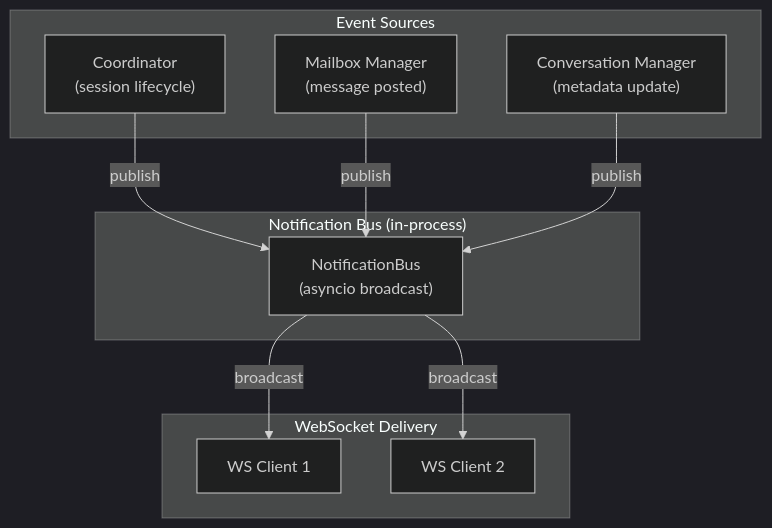
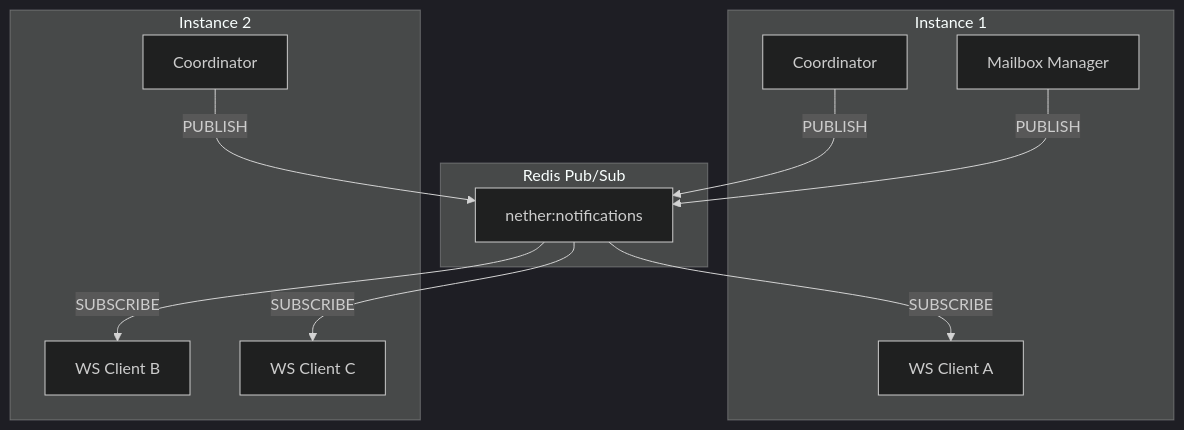
One commit to Wh1isper/netherbrain changed the first of 3 diagrams in spec/agent_runtime/10-notifications.md. Above: the diagram before and after it, drawn with Mermaid (dark theme). The commit also changed other lines of this file and 44 other files, not shown here.

First line of the commit message:
feat: add notifications, built-in toolsets, and conversation summary

````diff
--- a/spec/agent_runtime/10-notifications.md
+++ b/spec/agent_runtime/10-notifications.md
@@ -17,20 +17,22 @@
 ```mermaid
 flowchart TB
-    subgraph Sources["Event Sources"]
-        CO["Coordinator<br/>(session lifecycle)"]
-        MB["Mailbox Manager<br/>(message posted)"]
-        CV["Conversation Manager<br/>(metadata update)"]
+    subgraph Instance1["Instance 1"]
+        CO1["Coordinator"]
+        MB1["Mailbox Manager"]
+        WS1["WS Client A"]
     end
 
-    subgraph Bus["Notification Bus (in-process)"]
-        NB["NotificationBus<br/>(asyncio broadcast)"]
+    subgraph Instance2["Instance 2"]
+        CO2["Coordinator"]
+        WS2["WS Client B"]
+        WS3["WS Client C"]
     end
 
-    subgraph Delivery["WebSocket Delivery"]
-        WS1["WS Client 1"]
-        WS2["WS Client 2"]
+    subgraph Redis["Redis Pub/Sub"]
+        CH["nether:notifications"]
     end
 
-    CO & MB & CV -->|publish| NB
-    NB -->|broadcast| WS1 & WS2
+    CO1 & MB1 -->|PUBLISH| CH
+    CO2 -->|PUBLISH| CH
+    CH -->|SUBSCRIBE| WS1 & WS2 & WS3
 ```
````
